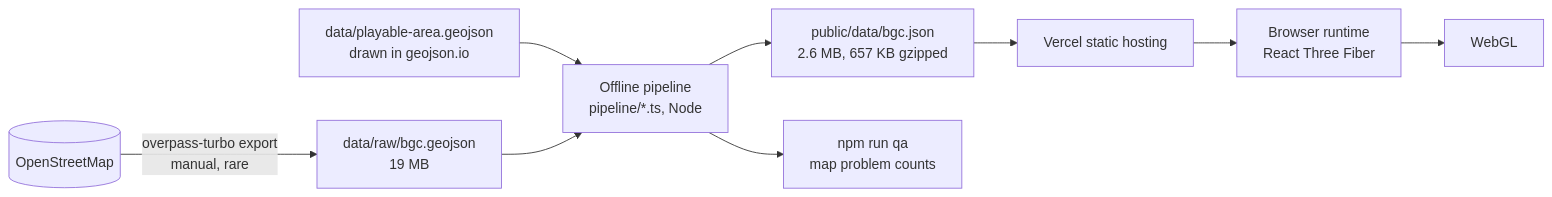
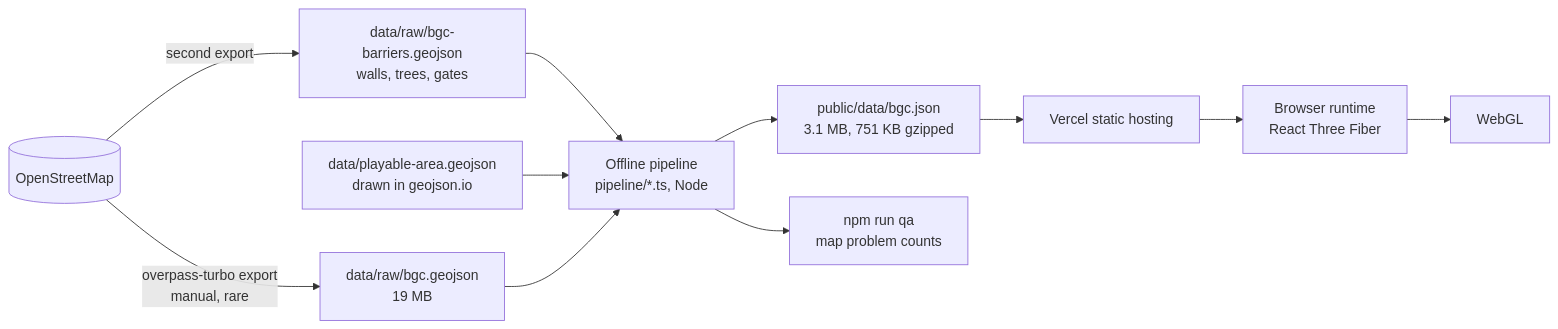
The first of 4 diagrams in docs/ARCHITECTURE.md (ajs0905/drive-thru-mnl), drawn with Mermaid before and after one commit. The commit also changed other lines of this file and 45 other files, not shown here.

Commit message:
add walls, fences, trees, gates and parking booms from a second osm export

````diff
--- a/docs/ARCHITECTURE.md
+++ b/docs/ARCHITECTURE.md
@@ -35,11 +35,13 @@
 ```mermaid
 flowchart LR
   OSM[(OpenStreetMap)] -->|overpass-turbo export<br/>manual, rare| RAW[data/raw/bgc.geojson<br/>19 MB]
+  OSM -->|second export| RAW2[data/raw/bgc-barriers.geojson<br/>walls, trees, gates]
+  RAW2 --> PIPE
   PA[data/playable-area.geojson<br/>drawn in geojson.io] --> PIPE
   RAW --> PIPE[Offline pipeline<br/>pipeline/*.ts, Node]
-  PIPE --> OUT[public/data/bgc.json<br/>2.6 MB, 657 KB gzipped]
+  PIPE --> OUT[public/data/bgc.json<br/>3.1 MB, 751 KB gzipped]
   PIPE --> QA[npm run qa<br/>map problem counts]
   OUT --> CDN[Vercel static hosting]
   CDN --> RT[Browser runtime<br/>React Three Fiber]
   RT --> GPU[WebGL]
 ```
````
